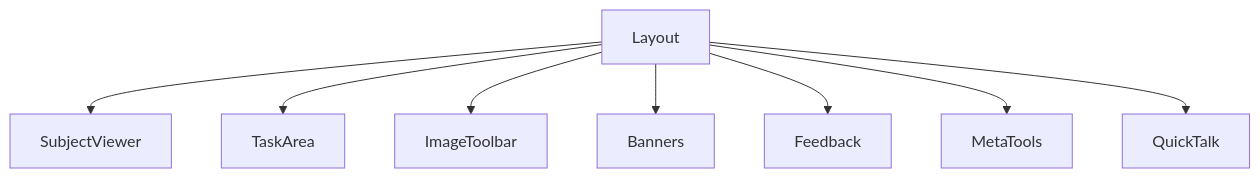
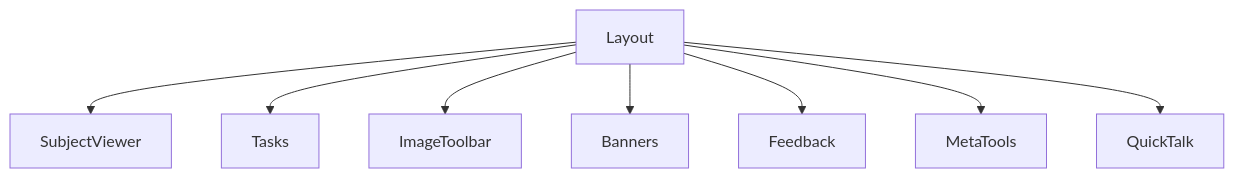
The second of 2 diagrams in packages/lib-classifier/README.md (zooniverse/front-end-monorepo), drawn with Mermaid before and after one commit. The commit also changed other lines of this file and 1 other file, not shown here.

````diff
--- a/packages/lib-classifier/README.md
+++ b/packages/lib-classifier/README.md
@@ -26,10 +26,10 @@
 ```mermaid
 flowchart TB
 	Layout-->SubjectViewer
-	Layout-->TaskArea
+	Layout-->Tasks
 	Layout-->ImageToolbar
 	Layout-->Banners
 	Layout-->Feedback
 	Layout-->MetaTools
 	Layout-->QuickTalk
 ```
````
